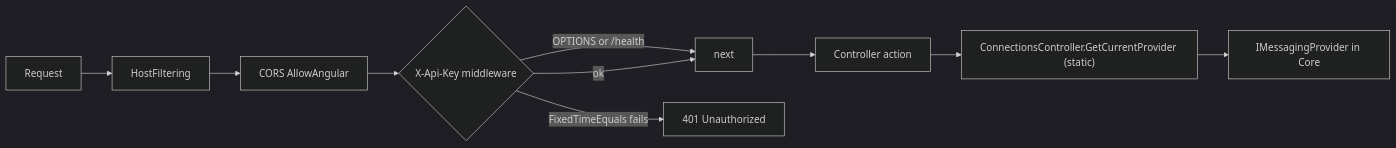
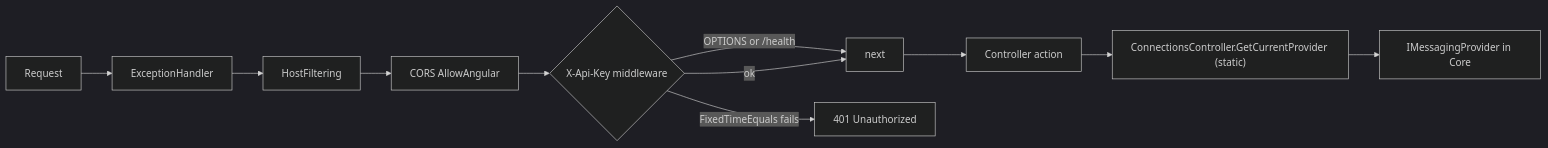
The diagram in vault/pages/services/api.md (vitorafgomes/messaging-explorer), drawn with Mermaid (dark theme) before and after one commit. The commit also changed other lines of this file and 12 other files, not shown here.

````diff
--- a/vault/pages/services/api.md
+++ b/vault/pages/services/api.md
@@ -63,12 +63,13 @@
 ```mermaid
 flowchart LR
-    R[Request] --> H[HostFiltering]
+    R[Request] --> E[ExceptionHandler]
+    E --> H[HostFiltering]
     H --> C[CORS AllowAngular]
     C --> K{X-Api-Key middleware}
     K -- "OPTIONS or /health" --> N[next]
     K -- "FixedTimeEquals fails" --> U[401 Unauthorized]
     K -- ok --> N
     N --> CT[Controller action]
     CT --> G["ConnectionsController.GetCurrentProvider (static)"]
     G --> P[IMessagingProvider in Core]
 ```
````
